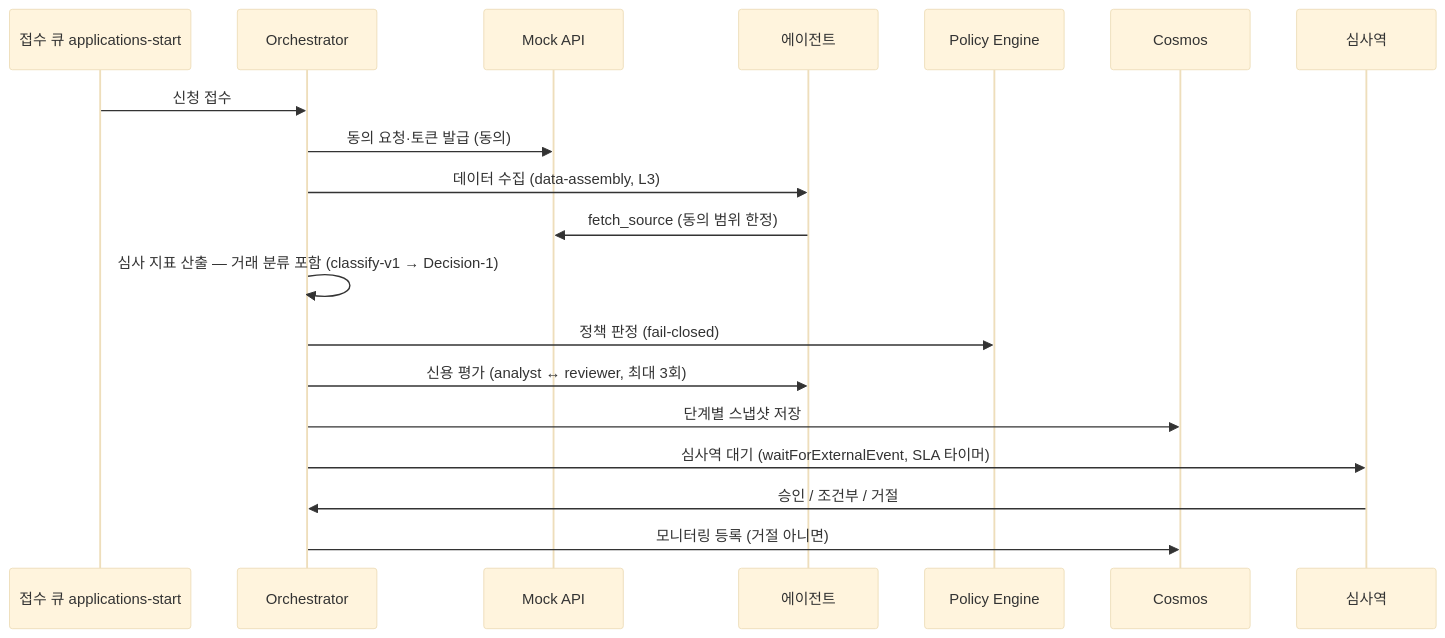
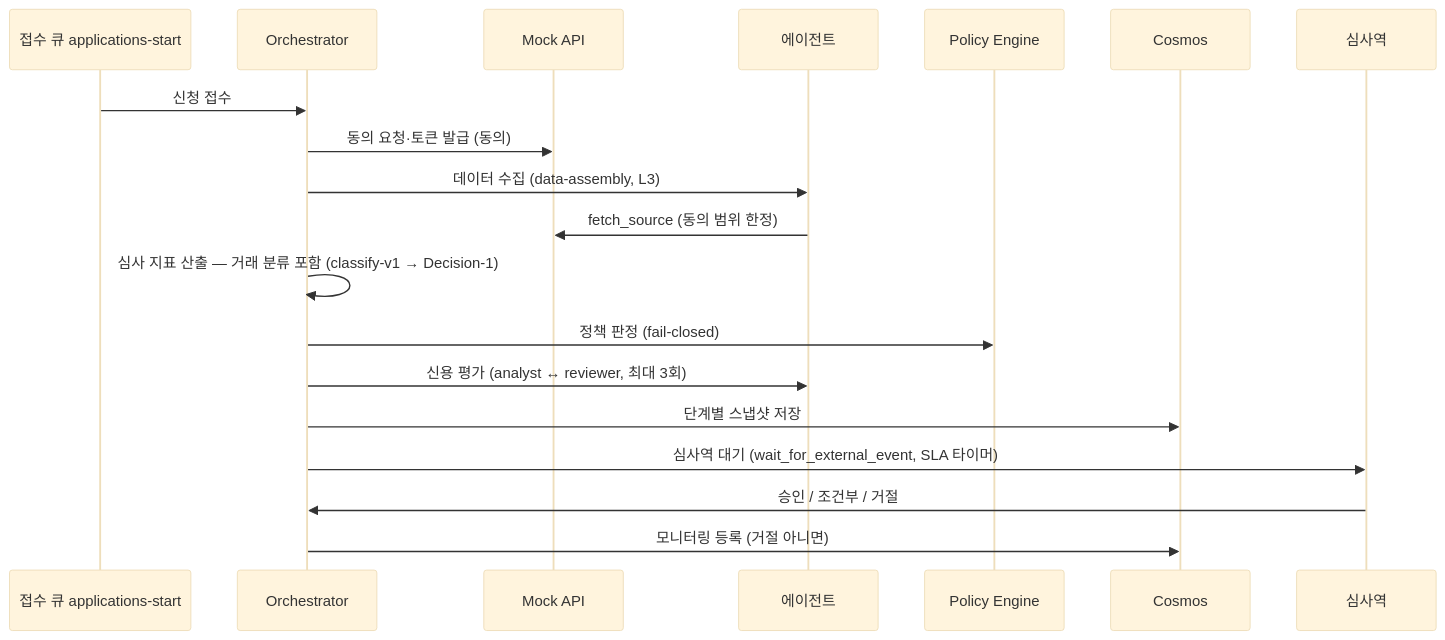
The fourth of 5 diagrams in docs/architecture.md (freeman9844/ms-ama-04), drawn with Mermaid (base theme) before and after one commit. The commit also changed other lines of this file and 1 other file, not shown here.

First line of the commit message:
docs(p6c): correct architecture facts from review

````diff
--- a/docs/architecture.md
+++ b/docs/architecture.md
@@ -121,21 +130,21 @@
 ```mermaid
 sequenceDiagram
   participant Q as 접수 큐 applications-start
   participant O as Orchestrator
   participant M as Mock API
   participant A as 에이전트
   participant P as Policy Engine
   participant C as Cosmos
   participant U as 심사역
   Q->>O: 신청 접수
   O->>M: 동의 요청·토큰 발급 (동의)
   O->>A: 데이터 수집 (data-assembly, L3)
   A->>M: fetch_source (동의 범위 한정)
   O->>O: 심사 지표 산출 — 거래 분류 포함 (classify-v1 → Decision-1)
   O->>P: 정책 판정 (fail-closed)
   O->>A: 신용 평가 (analyst ↔ reviewer, 최대 3회)
   O->>C: 단계별 스냅샷 저장
-  O->>U: 심사역 대기 (waitForExternalEvent, SLA 타이머)
+  O->>U: 심사역 대기 (wait_for_external_event, SLA 타이머)
   U->>O: 승인 / 조건부 / 거절
   O->>C: 모니터링 등록 (거절 아니면)
 ```
````
